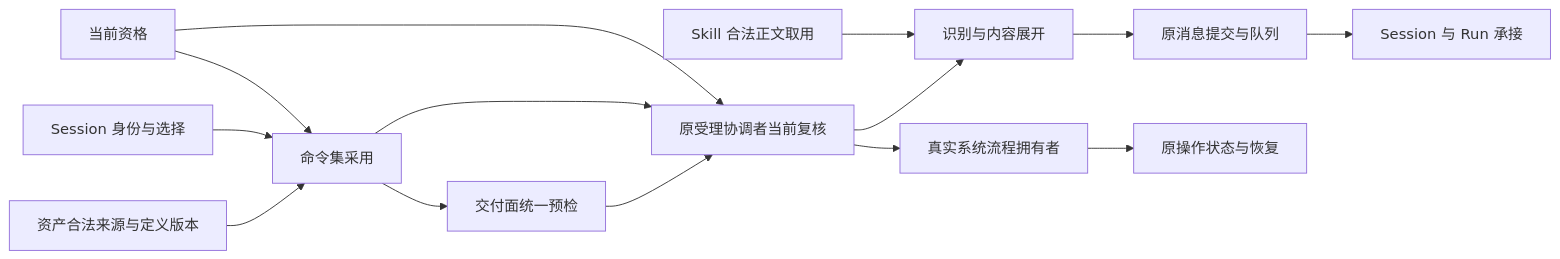
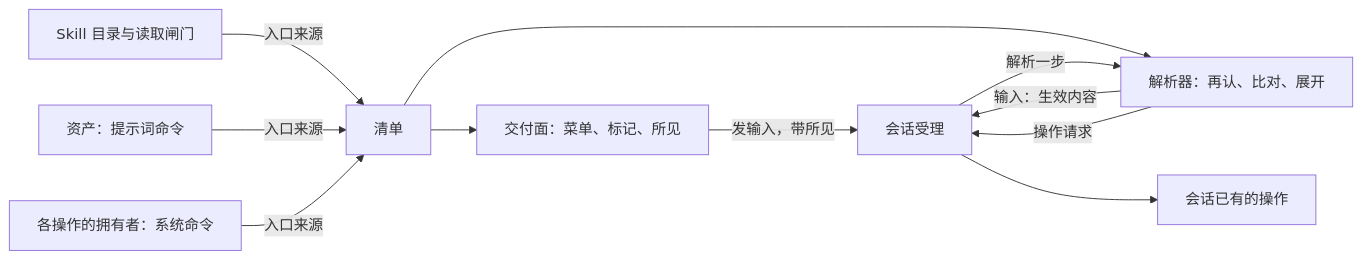
One commit to nemori-ai/omne-harness-lite changed the diagram in docs/domains/slash-commands/architecture.md. Above: the diagram before and after it, drawn with Mermaid. The commit also changed other lines of this file and 30 other files, not shown here.

First line of the commit message:
docs(slash-command,session,frontend,identity): 命令的应然落盘：入口项、识别、解析器、键位（#1574）

````diff
--- a/docs/domains/slash-commands/architecture.md
+++ b/docs/domains/slash-commands/architecture.md
@@ -17,16 +17,13 @@
 ```mermaid
 flowchart LR
-    Assets[资产合法来源与定义版本] --> Set[命令集采用]
-    Session[Session 身份与选择] --> Set
-    Auth[当前资格] --> Set
-    Set --> Delivery[交付面统一预检]
-    Delivery --> Intake[原受理协调者当前复核]
-    Set --> Intake
-    Auth --> Intake
-    Intake --> Expand[识别与内容展开]
-    Skill[Skill 合法正文取用] --> Expand
-    Expand --> Message[原消息提交与队列]
-    Intake --> Flow[真实系统流程拥有者]
-    Message --> Work[Session 与 Run 承接]
-    Flow --> State[原操作状态与恢复]
+    Skill[Skill 目录与读取闸门] -->|入口来源| List[清单]
+    Assets[资产：提示词命令] -->|入口来源| List
+    Flows[各操作的拥有者：系统命令] -->|入口来源| List
+    List --> Surface[交付面：菜单、标记、所见]
+    List --> Resolver[解析器：再认、比对、展开]
+    Surface -->|发输入，带所见| Session[会话受理]
+    Session -->|解析一步| Resolver
+    Resolver -->|输入：生效内容| Session
+    Resolver -->|操作请求| Session
+    Session --> Ops[会话已有的操作]
 ```
````
